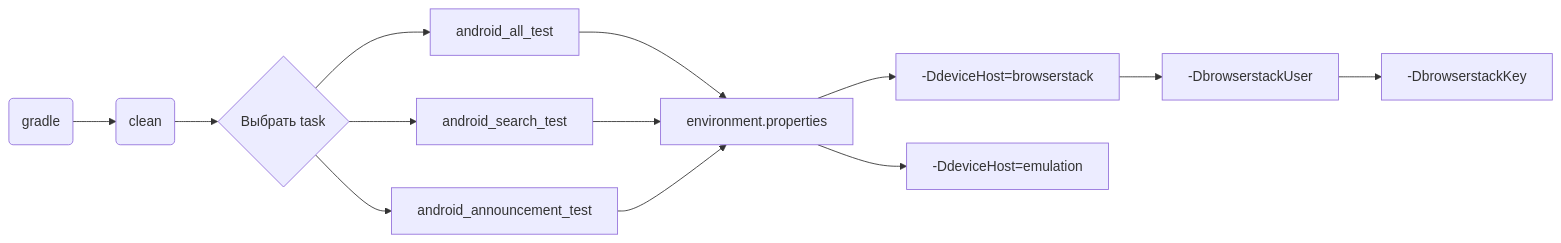
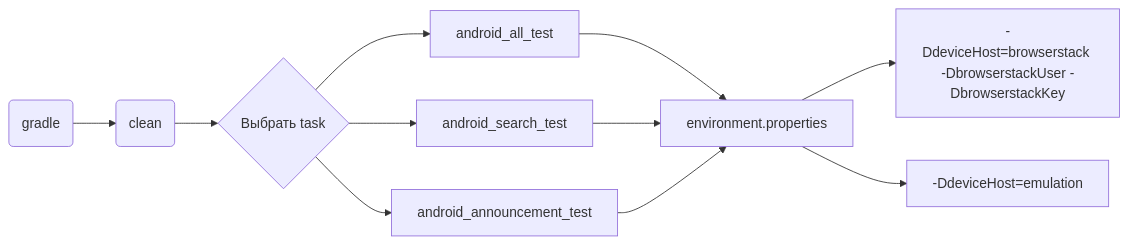
Before and after one commit to Kirbri/HW23DiplomaMobileProject: the diagram in README.md, drawn with Mermaid. The commit also changed other lines of this file and 5 other files, not shown here.

````diff
--- a/README.md
+++ b/README.md
@@ -133,15 +133,13 @@
 ```mermaid 
 flowchart LR
     A(gradle) --> B(clean)
     B --> C{Выбрать task}
     C --> D[android_all_test]
     C --> E[android_search_test]
     C --> F[android_announcement_test]
     D --> G[environment.properties]
     E --> G[environment.properties]
     F --> G[environment.properties]
-    G --> H[-DdeviceHost=browserstack]
-    H --> J[-DbrowserstackUser]
-    J --> K[-DbrowserstackKey]
+    G --> H[-DdeviceHost=browserstack -DbrowserstackUser -DbrowserstackKey]
     G --> I[-DdeviceHost=emulation]
 ```
````
